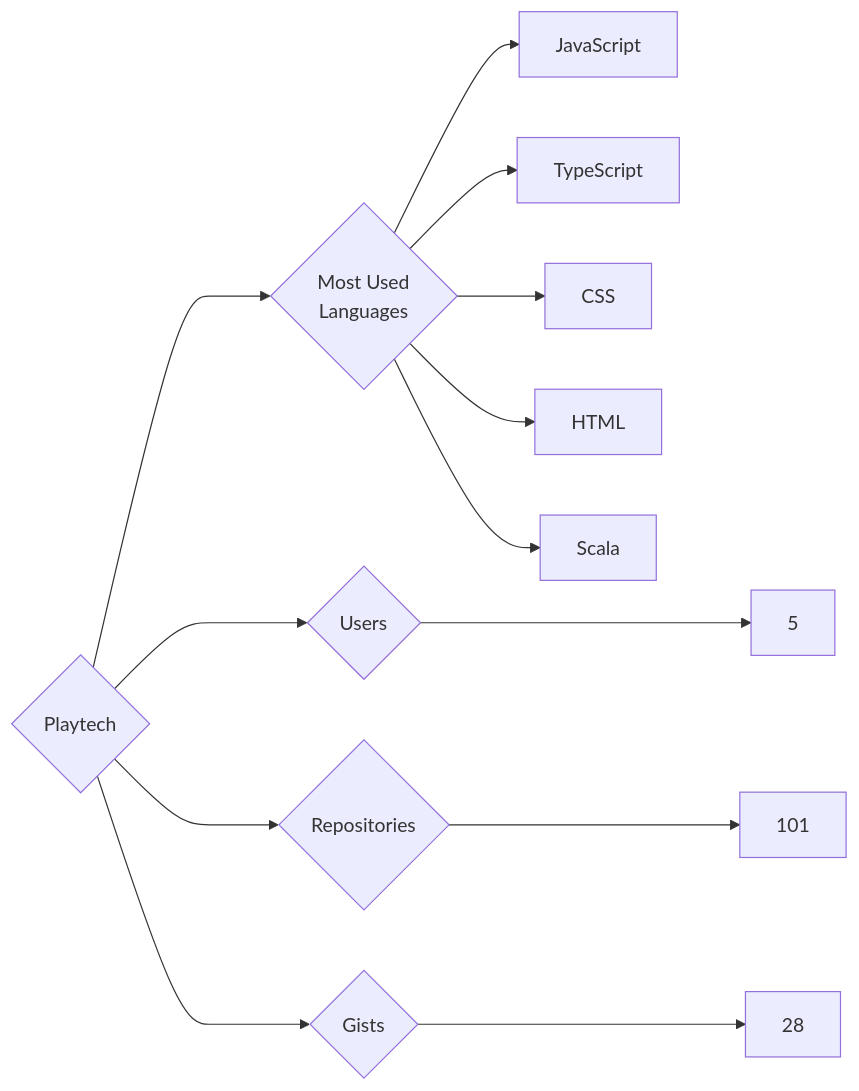
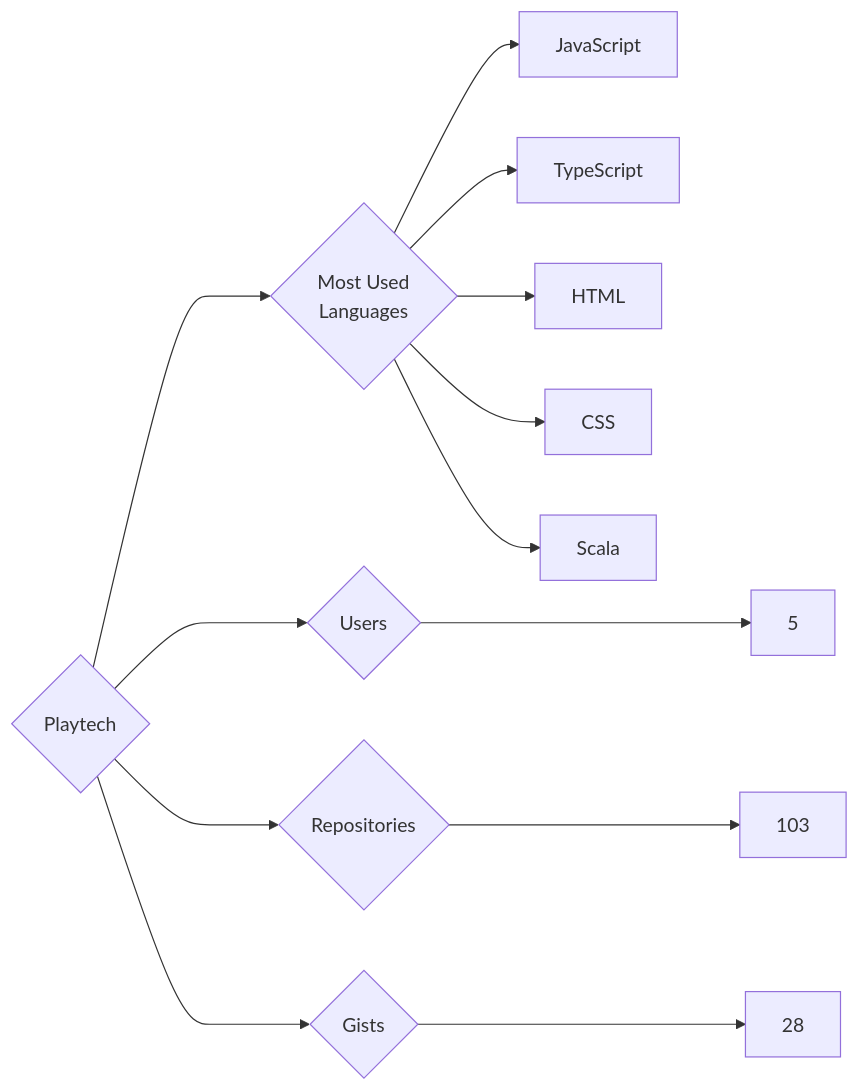
One commit to trickest/insiders changed the diagram in targets/Playtech/README.md. Above: the diagram before and after it, drawn with Mermaid. The commit also changed 835 other files, not shown here.

````diff
--- a/targets/Playtech/README.md
+++ b/targets/Playtech/README.md
@@ -3,13 +3,13 @@
 ```mermaid
 graph LR
 COMPANY_NAME{Playtech}
 COMPANY_NAME ---> U{Users} ---> UN[5]
-COMPANY_NAME ---> R{Repositories} ---> RN[101]
+COMPANY_NAME ---> R{Repositories} ---> RN[103]
 COMPANY_NAME ---> G{Gists} ---> GN[28]
 COMPANY_NAME ---> ML{Most Used<br>Languages}
 ML --> JavaScript[JavaScript]
 ML --> TypeScript[TypeScript]
+ML --> HTML[HTML]
 ML --> CSS[CSS]
-ML --> HTML[HTML]
 ML --> Scala[Scala]
 ```
````
